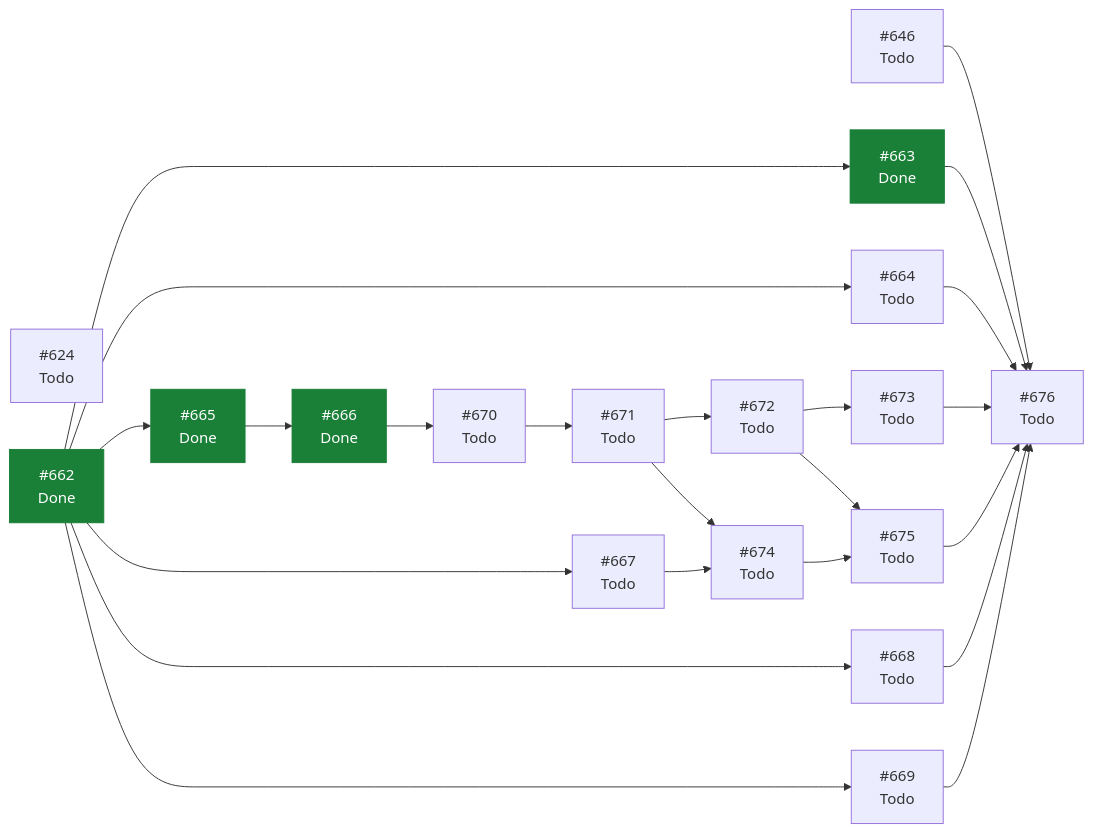
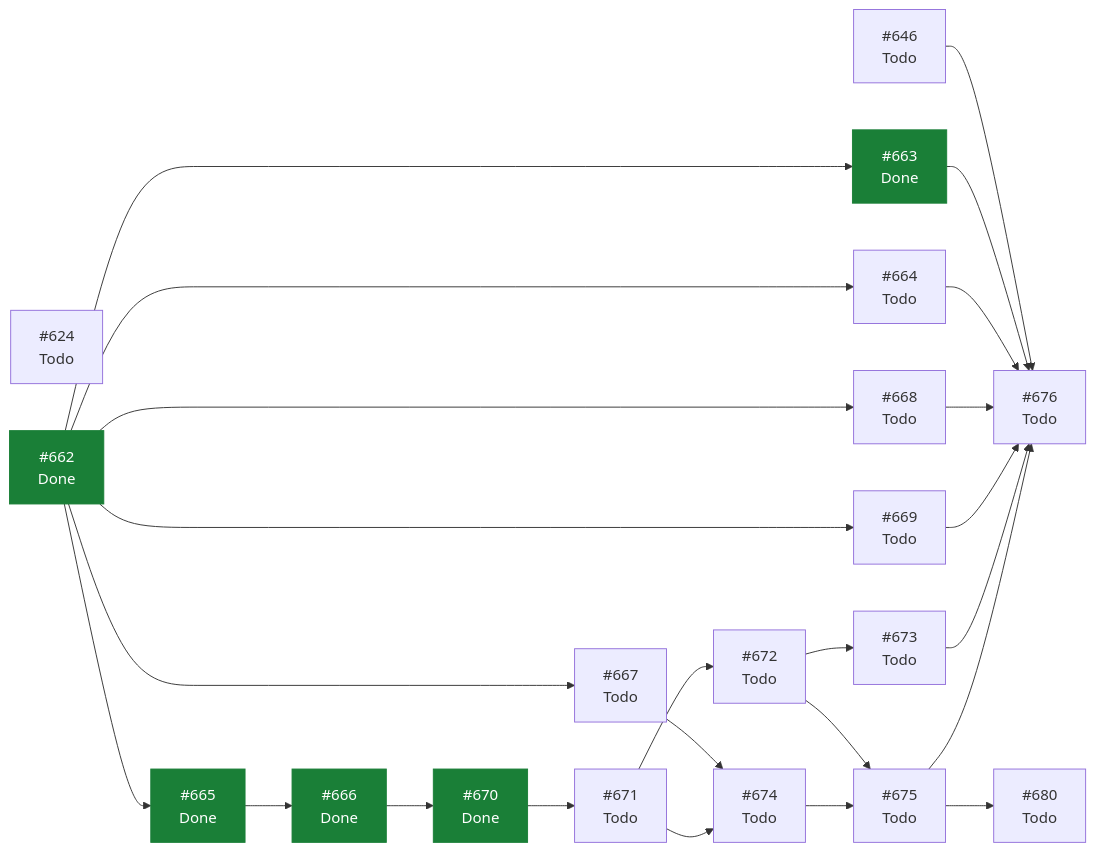
One commit to ecamp0s/evault changed the diagram in docs/planning/STATUS.md. Above: the diagram before and after it, drawn with Mermaid. The commit also changed other lines of this file, not shown here.

````diff
--- a/docs/planning/STATUS.md
+++ b/docs/planning/STATUS.md
@@ -118,44 +119,46 @@
 ```mermaid
 graph LR
   I624["#624<br/>Todo"]
   I646["#646<br/>Todo"]
   I662["#662<br/>Done"]
   I663["#663<br/>Done"]
   I664["#664<br/>Todo"]
   I665["#665<br/>Done"]
   I666["#666<br/>Done"]
   I667["#667<br/>Todo"]
   I668["#668<br/>Todo"]
   I669["#669<br/>Todo"]
-  I670["#670<br/>Todo"]
+  I670["#670<br/>Done"]
   I671["#671<br/>Todo"]
   I672["#672<br/>Todo"]
   I673["#673<br/>Todo"]
   I674["#674<br/>Todo"]
   I675["#675<br/>Todo"]
   I676["#676<br/>Todo"]
+  I680["#680<br/>Todo"]
   I646 --> I676
   I662 --> I663
   I662 --> I664
   I662 --> I665
   I662 --> I667
   I662 --> I668
   I662 --> I669
   I663 --> I676
   I664 --> I676
   I665 --> I666
   I666 --> I670
   I667 --> I674
   I668 --> I676
   I669 --> I676
   I670 --> I671
   I671 --> I672
   I671 --> I674
   I672 --> I673
   I672 --> I675
   I673 --> I676
   I674 --> I675
   I675 --> I676
+  I675 --> I680
   classDef hecho fill:#1a7f37,stroke:#1a7f37,color:#fff;
-  class I662,I663,I665,I666 hecho;
+  class I662,I663,I665,I666,I670 hecho;
 ```
````
